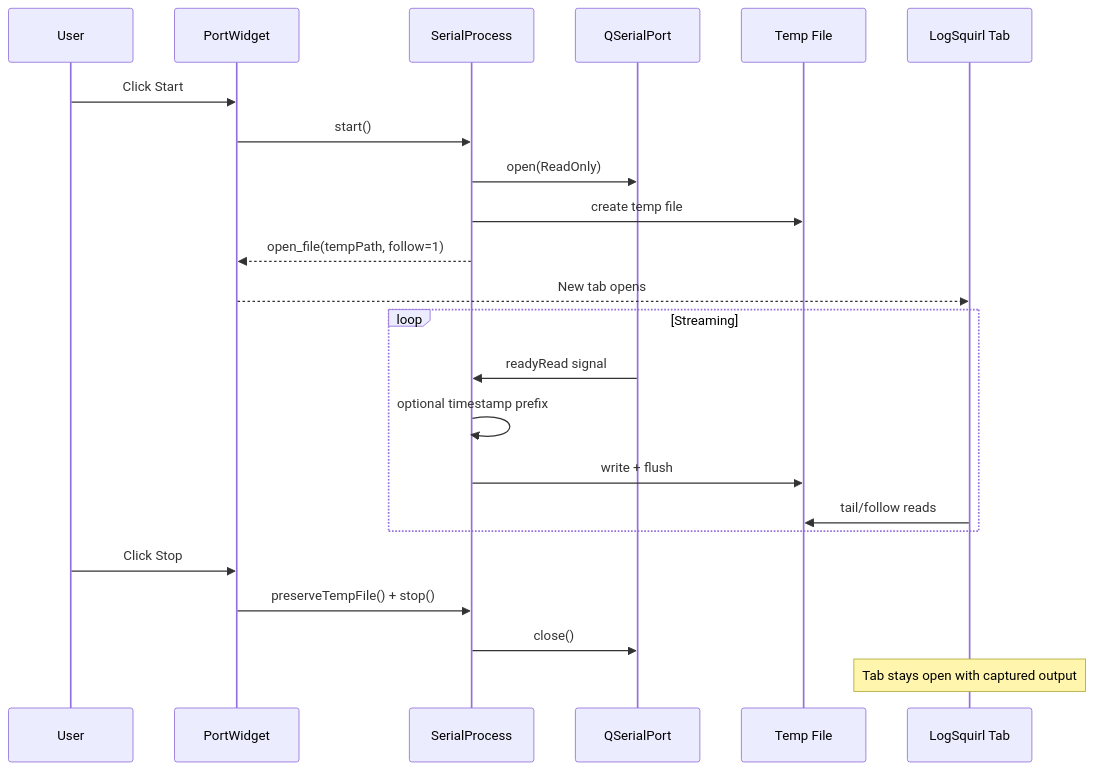
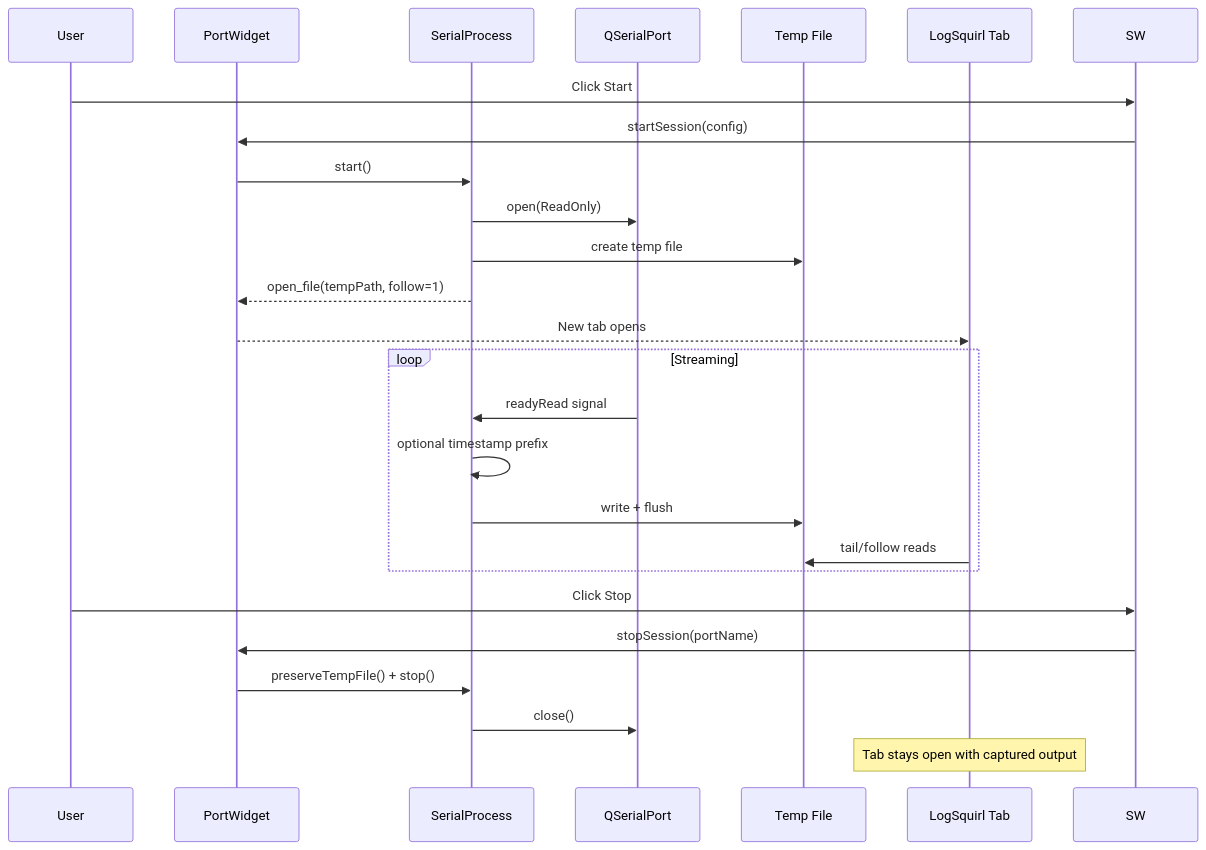
One commit to 64x-lunicorn/LogSquirl-Serial changed the second of 2 diagrams in README.md. Above: the diagram before and after it, drawn with Mermaid. The commit also changed other lines of this file and 14 other files, not shown here.

````diff
--- a/README.md
+++ b/README.md
@@ -159,26 +171,28 @@
 ```mermaid
 sequenceDiagram
     participant User
     participant PW as PortWidget
     participant SP as SerialProcess
     participant Port as QSerialPort
     participant TF as Temp File
     participant LS as LogSquirl Tab
 
-    User->>PW: Click Start
+    User->>SW: Click Start
+    SW->>PW: startSession(config)
     PW->>SP: start()
     SP->>Port: open(ReadOnly)
     SP->>TF: create temp file
     SP-->>PW: open_file(tempPath, follow=1)
     PW-->>LS: New tab opens
     loop Streaming
         Port->>SP: readyRead signal
         SP->>SP: optional timestamp prefix
         SP->>TF: write + flush
         LS->>TF: tail/follow reads
     end
-    User->>PW: Click Stop
+    User->>SW: Click Stop
+    SW->>PW: stopSession(portName)
     PW->>SP: preserveTempFile() + stop()
     SP->>Port: close()
     Note over LS: Tab stays open with captured output
 ```
````
